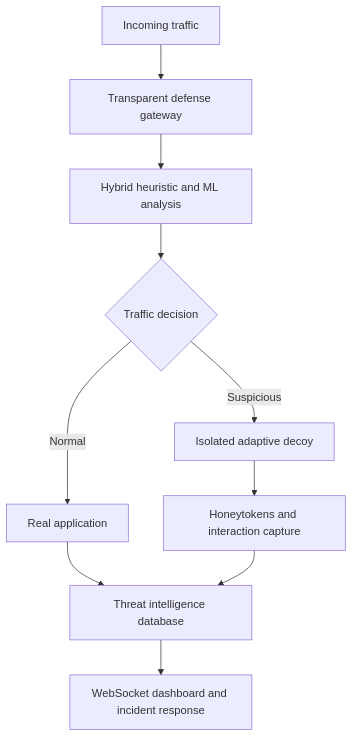
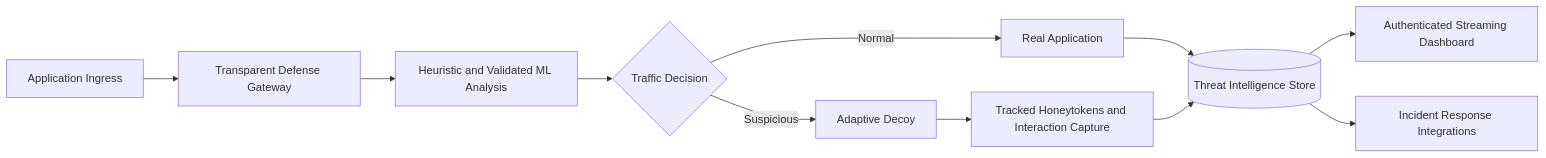
The second of 2 diagrams in docs/architecture.md (rafienajwan/mirage), drawn with Mermaid before and after one commit. The commit also changed other lines of this file and 7 other files, not shown here.

Commit message:
docs: rebuild project setup and architecture guides

````diff
--- a/docs/architecture.md
+++ b/docs/architecture.md
@@ -24,12 +53,13 @@
 ```mermaid
-graph TD
-    A[Incoming traffic] --> B[Transparent defense gateway]
-    B --> C[Hybrid heuristic and ML analysis]
-    C --> D{Traffic decision}
-    D -->|Normal| E[Real application]
-    D -->|Suspicious| F[Isolated adaptive decoy]
-    F --> G[Honeytokens and interaction capture]
-    E --> H[Threat intelligence database]
+graph LR
+    A[Application Ingress] --> B[Transparent Defense Gateway]
+    B --> C[Heuristic and Validated ML Analysis]
+    C --> D{Traffic Decision}
+    D -->|Normal| E[Real Application]
+    D -->|Suspicious| F[Adaptive Decoy]
+    F --> G[Tracked Honeytokens and Interaction Capture]
+    E --> H[(Threat Intelligence Store)]
     G --> H
-    H --> I[WebSocket dashboard and incident response]
+    H --> I[Authenticated Streaming Dashboard]
+    H --> J[Incident Response Integrations]
 ```
````
